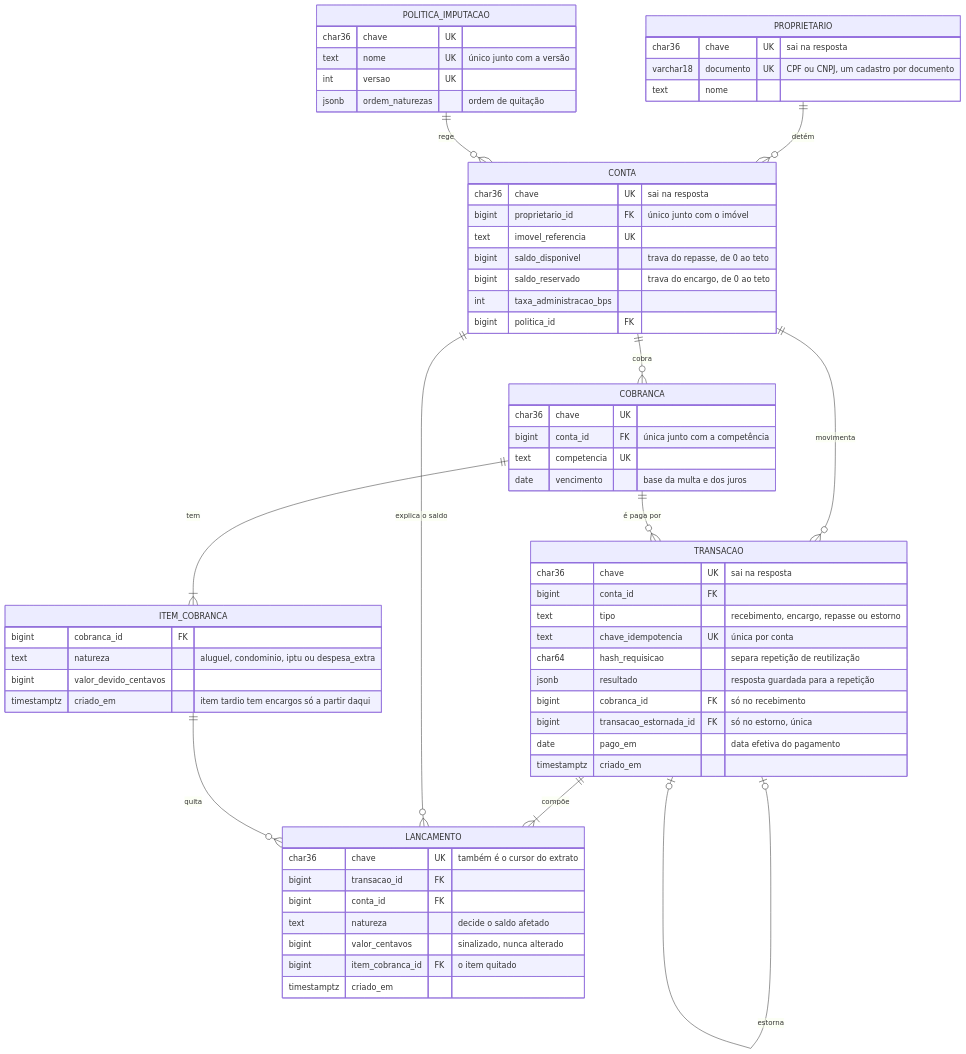
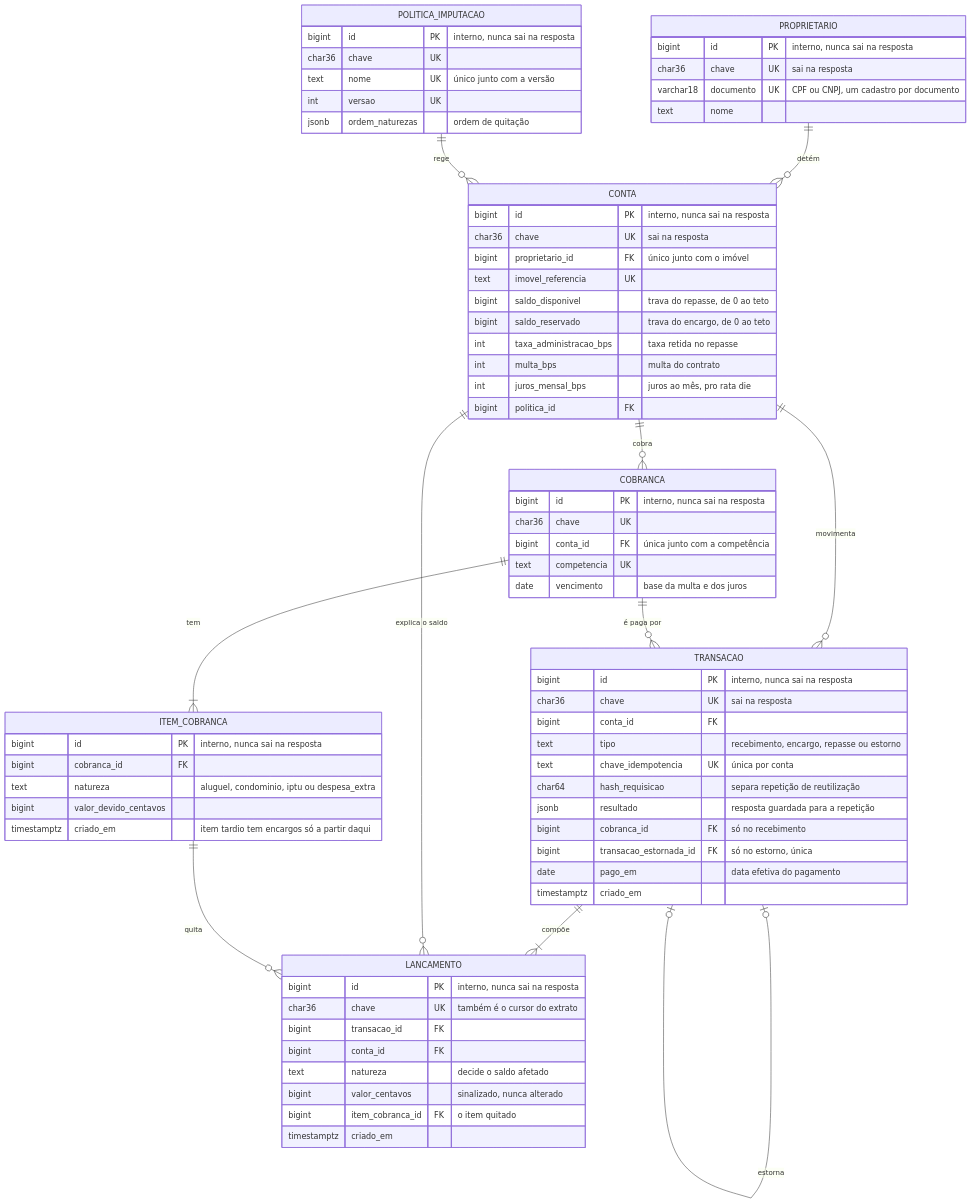
The diagram in docs/rfc/rfc-orca.md (Emanuellydias19/Projeto-Bootcamp-QI-Tech), drawn with Mermaid before and after one commit. The commit also changed other lines of this file and 3 other files, not shown here.

````diff
--- a/docs/rfc/rfc-orca.md
+++ b/docs/rfc/rfc-orca.md
@@ -62,66 +65,75 @@
 ```mermaid
 erDiagram
     PROPRIETARIO ||--o{ CONTA : "detém"
     POLITICA_IMPUTACAO ||--o{ CONTA : "rege"
     CONTA ||--o{ COBRANCA : "cobra"
     COBRANCA ||--|{ ITEM_COBRANCA : "tem"
     CONTA ||--o{ TRANSACAO : "movimenta"
     COBRANCA ||--o{ TRANSACAO : "é paga por"
     TRANSACAO |o--o| TRANSACAO : "estorna"
     TRANSACAO ||--|{ LANCAMENTO : "compõe"
     CONTA ||--o{ LANCAMENTO : "explica o saldo"
     ITEM_COBRANCA ||--o{ LANCAMENTO : "quita"
     PROPRIETARIO {
+        bigint id PK "interno, nunca sai na resposta"
         char36 chave UK "sai na resposta"
         varchar18 documento UK "CPF ou CNPJ, um cadastro por documento"
         text nome
     }
     POLITICA_IMPUTACAO {
+        bigint id PK "interno, nunca sai na resposta"
         char36 chave UK
         text nome UK "único junto com a versão"
         int versao UK
         jsonb ordem_naturezas "ordem de quitação"
     }
     CONTA {
+        bigint id PK "interno, nunca sai na resposta"
         char36 chave UK "sai na resposta"
         bigint proprietario_id FK "único junto com o imóvel"
         text imovel_referencia UK
         bigint saldo_disponivel "trava do repasse, de 0 ao teto"
         bigint saldo_reservado "trava do encargo, de 0 ao teto"
-        int taxa_administracao_bps
+        int taxa_administracao_bps "taxa retida no repasse"
+        int multa_bps "multa do contrato"
+        int juros_mensal_bps "juros ao mês, pro rata die"
         bigint politica_id FK
     }
     COBRANCA {
+        bigint id PK "interno, nunca sai na resposta"
         char36 chave UK
         bigint conta_id FK "única junto com a competência"
         text competencia UK
         date vencimento "base da multa e dos juros"
     }
     ITEM_COBRANCA {
+        bigint id PK "interno, nunca sai na resposta"
         bigint cobranca_id FK
         text natureza "aluguel, condominio, iptu ou despesa_extra"
         bigint valor_devido_centavos
         timestamptz criado_em "item tardio tem encargos só a partir daqui"
     }
     TRANSACAO {
+        bigint id PK "interno, nunca sai na resposta"
         char36 chave UK "sai na resposta"
         bigint conta_id FK
         text tipo "recebimento, encargo, repasse ou estorno"
         text chave_idempotencia UK "única por conta"
         char64 hash_requisicao "separa repetição de reutilização"
         jsonb resultado "resposta guardada para a repetição"
         bigint cobranca_id FK "só no recebimento"
         bigint transacao_estornada_id FK "só no estorno, única"
         date pago_em "data efetiva do pagamento"
         timestamptz criado_em
     }
     LANCAMENTO {
+        bigint id PK "interno, nunca sai na resposta"
         char36 chave UK "também é o cursor do extrato"
         bigint transacao_id FK
         bigint conta_id FK
         text natureza "decide o saldo afetado"
         bigint valor_centavos "sinalizado, nunca alterado"
         bigint item_cobranca_id FK "o item quitado"
         timestamptz criado_em
     }
 ```
````
